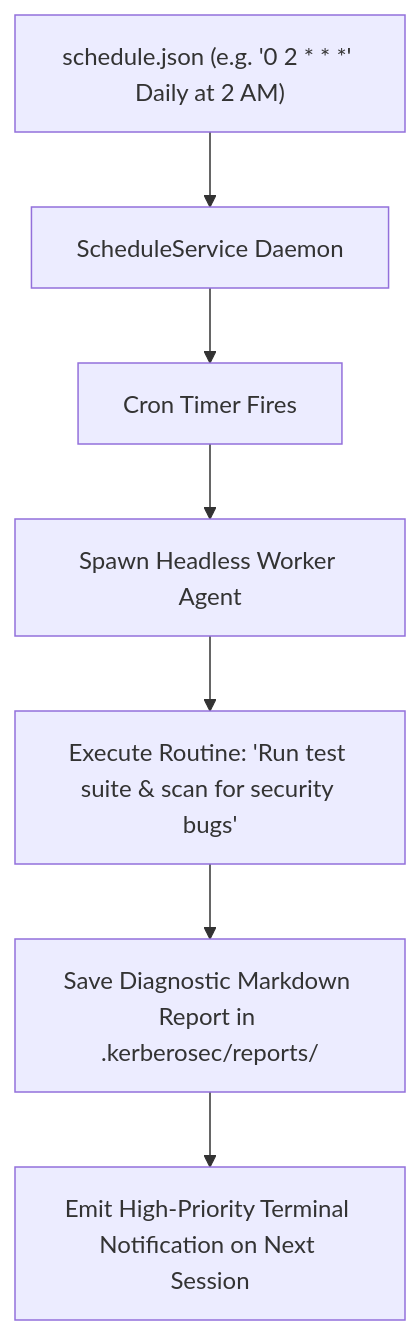
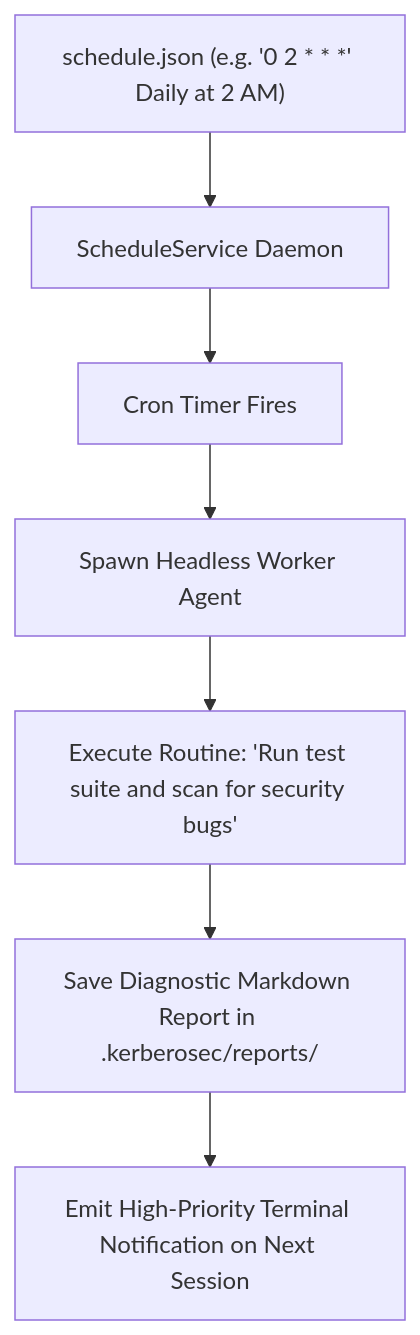
Before and after one commit to KerberoSec/KerberoSec-CLI: diagram 17 of 24 in README.md, drawn with Mermaid. The commit also changed other lines of this file and 5 other files, not shown here.

````diff
--- a/README.md
+++ b/README.md
@@ -525,9 +632,9 @@
 ```mermaid
 flowchart TD
     CronConfig["schedule.json (e.g. '0 2 * * *' Daily at 2 AM)"] --> CronScheduler["ScheduleService Daemon"]
     CronScheduler --> TriggerEvent["Cron Timer Fires"]
     TriggerEvent --> BuildSubagent["Spawn Headless Worker Agent"]
-    BuildSubagent --> RunRoutine["Execute Routine: 'Run test suite & scan for security bugs'"]
+    BuildSubagent --> RunRoutine["Execute Routine: 'Run test suite and scan for security bugs'"]
     RunRoutine --> EmitReport["Save Diagnostic Markdown Report in .kerberosec/reports/"]
     EmitReport --> Notify["Emit High-Priority Terminal Notification on Next Session"]
 ```
````
